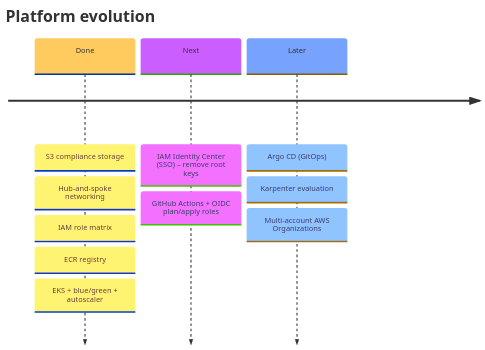
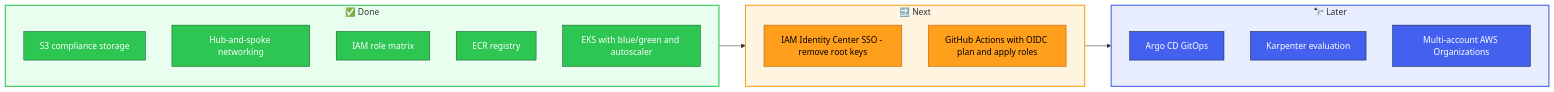
One commit to muntaha747/FinTech-Enterprise-Project changed diagram 12 of 12 in Terraform-FinTech-Infra/README.md. Above: the diagram before and after it, drawn with Mermaid. The commit also changed other lines of this file and 1 other file, not shown here.

Commit message:
Fix README Mermaid diagrams, add interview notes; drop duplicate root EKS access entry [skip CI]

````diff
--- a/Terraform-FinTech-Infra/README.md
+++ b/Terraform-FinTech-Infra/README.md
@@ -508,8 +575,30 @@
 ```mermaid
-%%{init: {'theme':'base','themeVariables':{'fontSize':'14px'}}}%%
-timeline
-    title Platform evolution
-    Done : S3 compliance storage : Hub-and-spoke networking : IAM role matrix : ECR registry : EKS + blue/green + autoscaler
-    Next : IAM Identity Center (SSO) – remove root keys : GitHub Actions + OIDC plan/apply roles
-    Later : Argo CD (GitOps) : Karpenter evaluation : Multi-account AWS Organizations
+flowchart LR
+    subgraph DONE["✅ Done"]
+        direction TB
+        D1["S3 compliance storage"]:::done
+        D2["Hub-and-spoke networking"]:::done
+        D3["IAM role matrix"]:::done
+        D4["ECR registry"]:::done
+        D5["EKS with blue/green and autoscaler"]:::done
+    end
+    subgraph NEXT["🔜 Next"]
+        direction TB
+        N1["IAM Identity Center SSO - remove root keys"]:::next
+        N2["GitHub Actions with OIDC plan and apply roles"]:::next
+    end
+    subgraph LATER["🔭 Later"]
+        direction TB
+        L1["Argo CD GitOps"]:::later
+        L2["Karpenter evaluation"]:::later
+        L3["Multi-account AWS Organizations"]:::later
+    end
+    DONE --> NEXT --> LATER
+
+    classDef done  fill:#2DC653,stroke:#155D27,color:#fff
+    classDef next  fill:#FF9F1C,stroke:#B85C00,color:#000
+    classDef later fill:#4361EE,stroke:#14213D,color:#fff
+    style DONE  fill:#E8FFEF,stroke:#2DC653,stroke-width:2px
+    style NEXT  fill:#FFF4E0,stroke:#FF9F1C,stroke-width:2px
+    style LATER fill:#E8EEFF,stroke:#4361EE,stroke-width:2px
 ```
````
